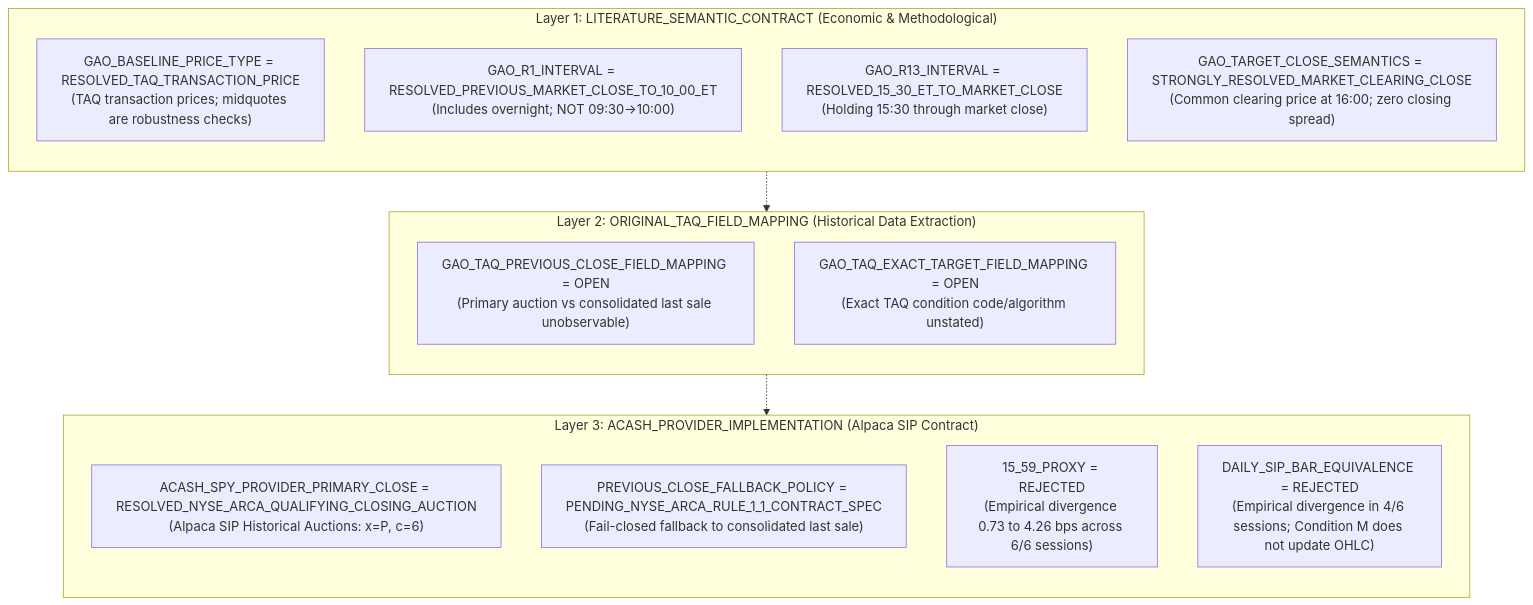
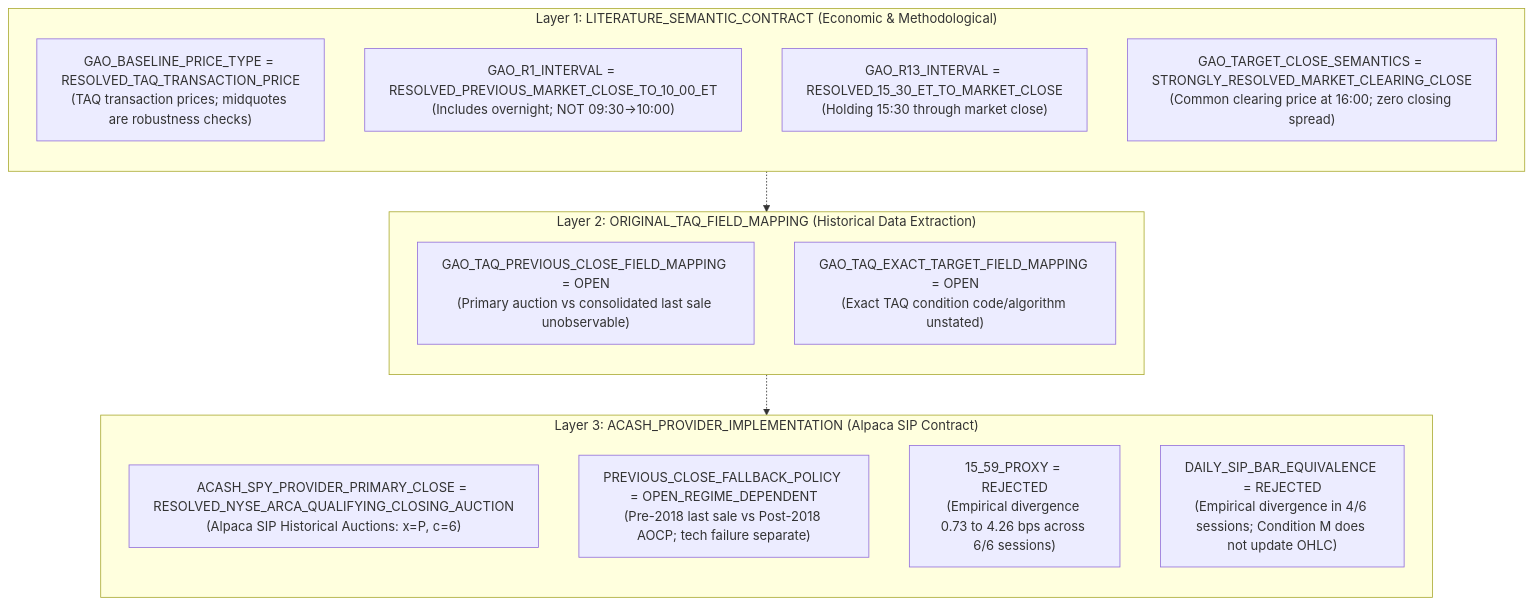
One commit to Ratthabhumi/Acash changed the first of 2 diagrams in docs/research/MEC-0014-open-decisions.md. Above: the diagram before and after it, drawn with Mermaid. The commit also changed other lines of this file and 2 other files, not shown here.

Commit message:
research: correct MEC-0014 historical close fallback contract

````diff
--- a/docs/research/MEC-0014-open-decisions.md
+++ b/docs/research/MEC-0014-open-decisions.md
@@ -25,27 +25,27 @@
 ```mermaid
 flowchart TD
     subgraph L1["Layer 1: LITERATURE_SEMANTIC_CONTRACT (Economic & Methodological)"]
         direction TB
         P_TYPE["GAO_BASELINE_PRICE_TYPE = RESOLVED_TAQ_TRANSACTION_PRICE\n(TAQ transaction prices; midquotes are robustness checks)"]
         R1_INT["GAO_R1_INTERVAL = RESOLVED_PREVIOUS_MARKET_CLOSE_TO_10_00_ET\n(Includes overnight; NOT 09:30->10:00)"]
         R13_INT["GAO_R13_INTERVAL = RESOLVED_15_30_ET_TO_MARKET_CLOSE\n(Holding 15:30 through market close)"]
         TGT_SEM["GAO_TARGET_CLOSE_SEMANTICS = STRONGLY_RESOLVED_MARKET_CLEARING_CLOSE\n(Common clearing price at 16:00; zero closing spread)"]
     end
 
     subgraph L2["Layer 2: ORIGINAL_TAQ_FIELD_MAPPING (Historical Data Extraction)"]
         direction TB
         TAQ_PREV["GAO_TAQ_PREVIOUS_CLOSE_FIELD_MAPPING = OPEN\n(Primary auction vs consolidated last sale unobservable)"]
         TAQ_TGT["GAO_TAQ_EXACT_TARGET_FIELD_MAPPING = OPEN\n(Exact TAQ condition code/algorithm unstated)"]
     end
 
     subgraph L3["Layer 3: ACASH_PROVIDER_IMPLEMENTATION (Alpaca SIP Contract)"]
         direction TB
         ACASH_PRIM["ACASH_SPY_PROVIDER_PRIMARY_CLOSE = RESOLVED_NYSE_ARCA_QUALIFYING_CLOSING_AUCTION\n(Alpaca SIP Historical Auctions: x=P, c=6)"]
-        ACASH_FALL["PREVIOUS_CLOSE_FALLBACK_POLICY = PENDING_NYSE_ARCA_RULE_1_1_CONTRACT_SPEC\n(Fail-closed fallback to consolidated last sale)"]
+        ACASH_FALL["PREVIOUS_CLOSE_FALLBACK_POLICY = OPEN_REGIME_DEPENDENT\n(Pre-2018 last sale vs Post-2018 AOCP; tech failure separate)"]
         REJ_59["15_59_PROXY = REJECTED\n(Empirical divergence 0.73 to 4.26 bps across 6/6 sessions)"]
         REJ_DAILY["DAILY_SIP_BAR_EQUIVALENCE = REJECTED\n(Empirical divergence in 4/6 sessions; Condition M does not update OHLC)"]
     end
 
     L1 -.-> L2
     L2 -.-> L3
 ```
````
